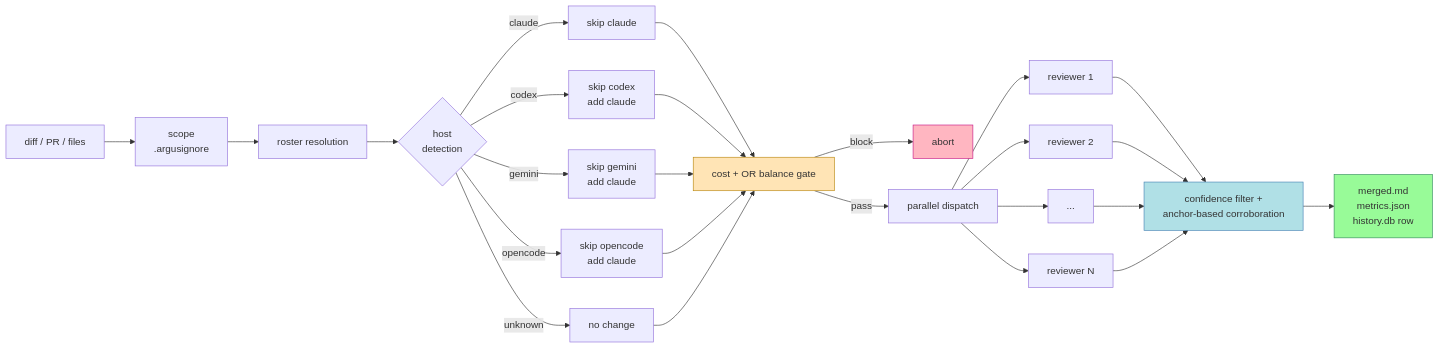
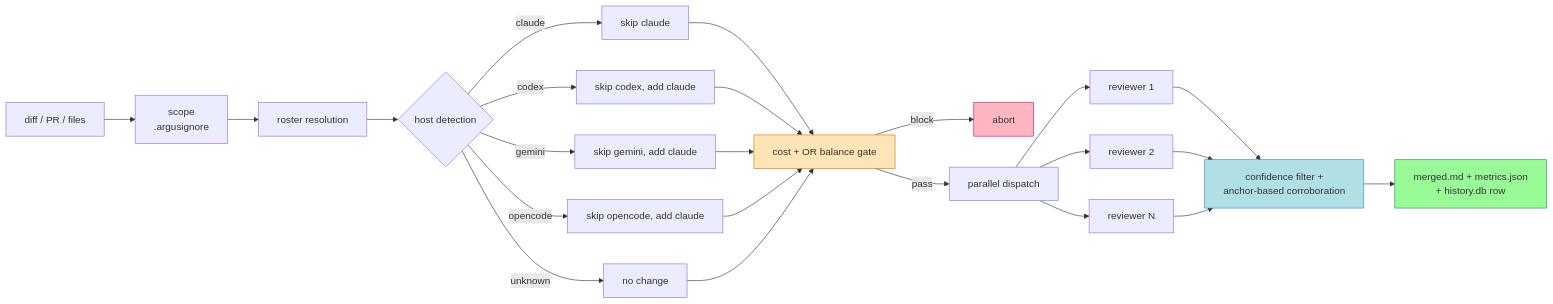
One commit to jimstratus/argus changed the first of 3 diagrams in README.md. Above: the diagram before and after it, drawn with Mermaid. The commit also changed other lines of this file, not shown here.

First line of the commit message:
fix(readme): mermaid render error — replace Unicode comparison operators with ASCII, standardize br tags, quote all labels

````diff
--- a/README.md
+++ b/README.md
@@ -42,32 +42,30 @@
 ```mermaid
 flowchart LR
-    A["diff / PR / files"] --> B[scope<br/>.argusignore]
-    B --> C[roster resolution]
-    C --> D{host<br/>detection}
+    A["diff / PR / files"] --> B["scope<br>.argusignore"]
+    B --> C["roster resolution"]
+    C --> D{"host detection"}
     D -->|claude| E1["skip claude"]
-    D -->|codex| E2["skip codex<br/>add claude"]
-    D -->|gemini| E3["skip gemini<br/>add claude"]
-    D -->|opencode| E4["skip opencode<br/>add claude"]
+    D -->|codex| E2["skip codex, add claude"]
+    D -->|gemini| E3["skip gemini, add claude"]
+    D -->|opencode| E4["skip opencode, add claude"]
     D -->|unknown| E5["no change"]
     E1 --> F
     E2 --> F
     E3 --> F
     E4 --> F
     E5 --> F
-    F[cost + OR balance gate] -->|block| X[abort]
-    F -->|pass| G[parallel dispatch]
+    F["cost + OR balance gate"] -->|block| X["abort"]
+    F -->|pass| G["parallel dispatch"]
     G --> H1["reviewer 1"]
     G --> H2["reviewer 2"]
-    G --> H3["..."]
-    G --> HN["reviewer N"]
+    G --> H3["reviewer N"]
     H1 --> I
     H2 --> I
     H3 --> I
-    HN --> I
-    I[confidence filter +<br/>anchor-based corroboration] --> J["merged.md<br/>metrics.json<br/>history.db row"]
+    I["confidence filter +<br>anchor-based corroboration"] --> J["merged.md + metrics.json<br>+ history.db row"]
 
     style F fill:#ffe4b5,stroke:#b8860b
     style X fill:#ffb6c1,stroke:#c71585
     style I fill:#b0e0e6,stroke:#4682b4
     style J fill:#98fb98,stroke:#2e8b57
 ```
````
